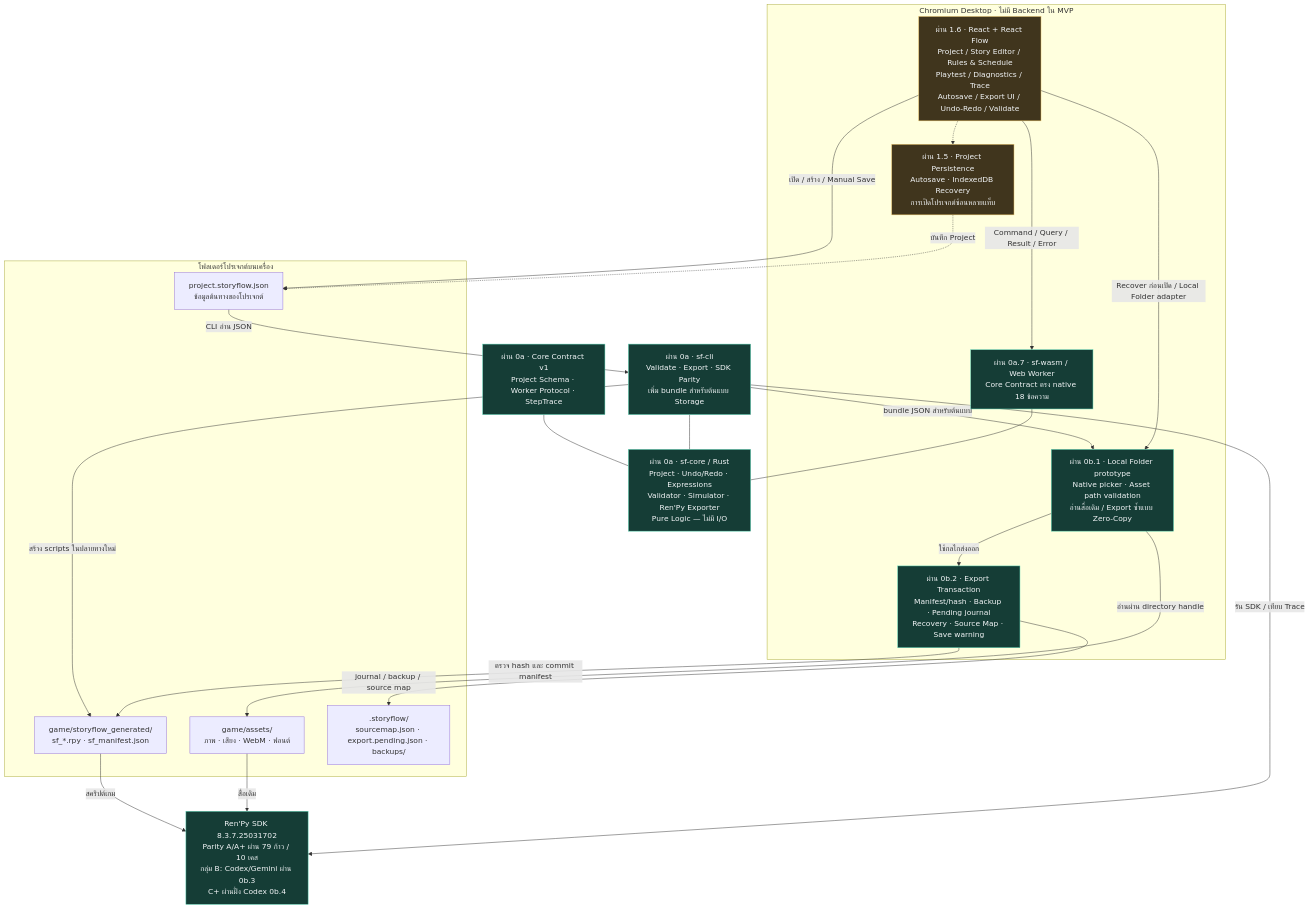
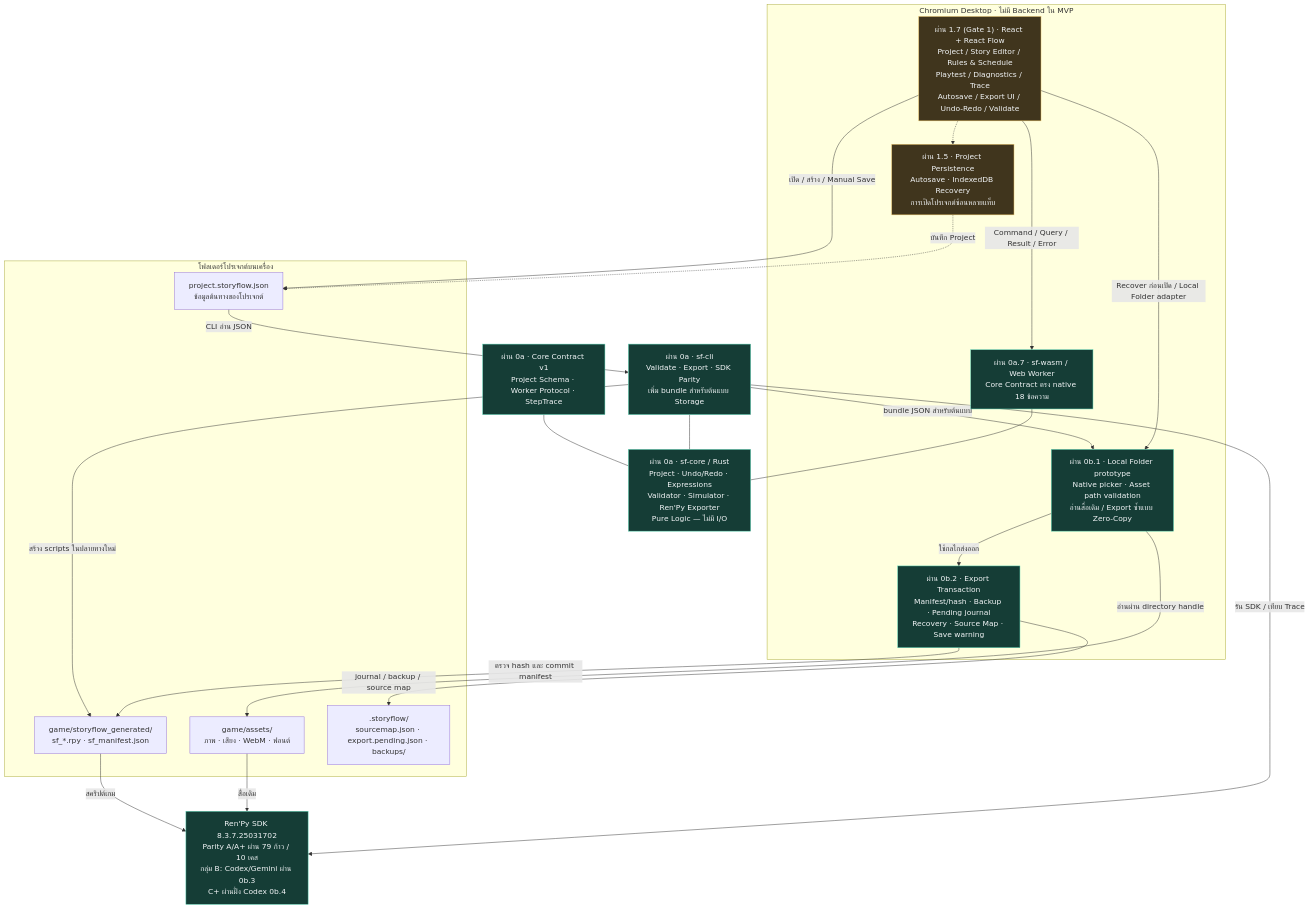
The first of 2 diagrams in readme.md (anuwatm/GameStudio), drawn with Mermaid before and after one commit. The commit also changed other lines of this file and 70 other files, not shown here.

````diff
--- a/readme.md
+++ b/readme.md
@@ -38,48 +38,48 @@
 ```mermaid
 flowchart TB
     Contract["ผ่าน 0a · Core Contract v1<br/>Project Schema · Worker Protocol · StepTrace"]
     Core["ผ่าน 0a · sf-core / Rust<br/>Project · Undo/Redo · Expressions<br/>Validator · Simulator · Ren'Py Exporter<br/>Pure Logic — ไม่มี I/O"]
     CLI["ผ่าน 0a · sf-cli<br/>Validate · Export · SDK Parity<br/>เพิ่ม bundle สำหรับต้นแบบ Storage"]
 
     subgraph Browser["Chromium Desktop · ไม่มี Backend ใน MVP"]
-        UI["ผ่าน 1.6 · React + React Flow<br/>Project / Story Editor / Rules & Schedule<br/>Playtest / Diagnostics / Trace<br/>Autosave / Export UI / Undo-Redo / Validate"]
+        UI["ผ่าน 1.7 (Gate 1) · React + React Flow<br/>Project / Story Editor / Rules & Schedule<br/>Playtest / Diagnostics / Trace<br/>Autosave / Export UI / Undo-Redo / Validate"]
         Worker["ผ่าน 0a.7 · sf-wasm / Web Worker<br/>Core Contract ตรง native 18 ข้อความ"]
         Local["ผ่าน 0b.1 · Local Folder prototype<br/>Native picker · Asset path validation<br/>อ่านสื่อเดิม / Export ซ้ำแบบ Zero-Copy"]
         Tx["ผ่าน 0b.2 · Export Transaction<br/>Manifest/hash · Backup · Pending journal<br/>Recovery · Source Map · Save warning"]
         Save["ผ่าน 1.5 · Project Persistence<br/>Autosave · IndexedDB Recovery<br/>การเปิดโปรเจกต์ซ้อนหลายแท็บ"]
     end
 
     subgraph Disk["โฟลเดอร์โปรเจกต์บนเครื่อง"]
         Project["project.storyflow.json<br/>ข้อมูลต้นทางของโปรเจกต์"]
         Assets["game/assets/<br/>ภาพ · เสียง · WebM · ฟอนต์"]
         Generated["game/storyflow_generated/<br/>sf_*.rpy · sf_manifest.json"]
         Meta[".storyflow/<br/>sourcemap.json · export.pending.json · backups/"]
     end
     SDK["Ren'Py SDK 8.3.7.25031702<br/>Parity A/A+ ผ่าน 79 ก้าว / 10 เคส<br/>กลุ่ม B: Codex/Gemini ผ่าน 0b.3<br/>C+ ผ่านฝั่ง Codex 0b.4"]
 
     Contract --- Core
     CLI --- Core
     Worker --- Core
     Project -->|"CLI อ่าน JSON"| CLI
     CLI -->|"สร้าง scripts ในปลายทางใหม่"| Generated
     CLI -->|"bundle JSON สำหรับต้นแบบ"| Local
     Local -->|"อ่านผ่าน directory handle"| Assets
     Local -->|"ใช้กลไกส่งออก"| Tx
     Tx -->|"ตรวจ hash และ commit manifest"| Generated
     Tx -->|"journal / backup / source map"| Meta
     UI -->|"Command / Query / Result / Error"| Worker
     UI -->|"Recover ก่อนเปิด / Local Folder adapter"| Local
     UI -->|"เปิด / สร้าง / Manual Save"| Project
     UI -.-> Save
     Save -.->|"บันทึก Project"| Project
     Generated -->|"สคริปต์เกม"| SDK
     Assets -->|"สื่อเดิม"| SDK
     CLI -->|"รัน SDK / เทียบ Trace"| SDK
 
     classDef passed fill:#153d36,stroke:#58d4b4,color:#f2f5f7
     classDef prototype fill:#40351d,stroke:#e2b95c,color:#f2f5f7
     classDef planned fill:#202938,stroke:#a8b5c7,color:#f2f5f7,stroke-dasharray:5 5
     class Contract,Core,CLI,Worker,Local,Tx,SDK passed
 
     class UI,Save prototype
 ```
````
